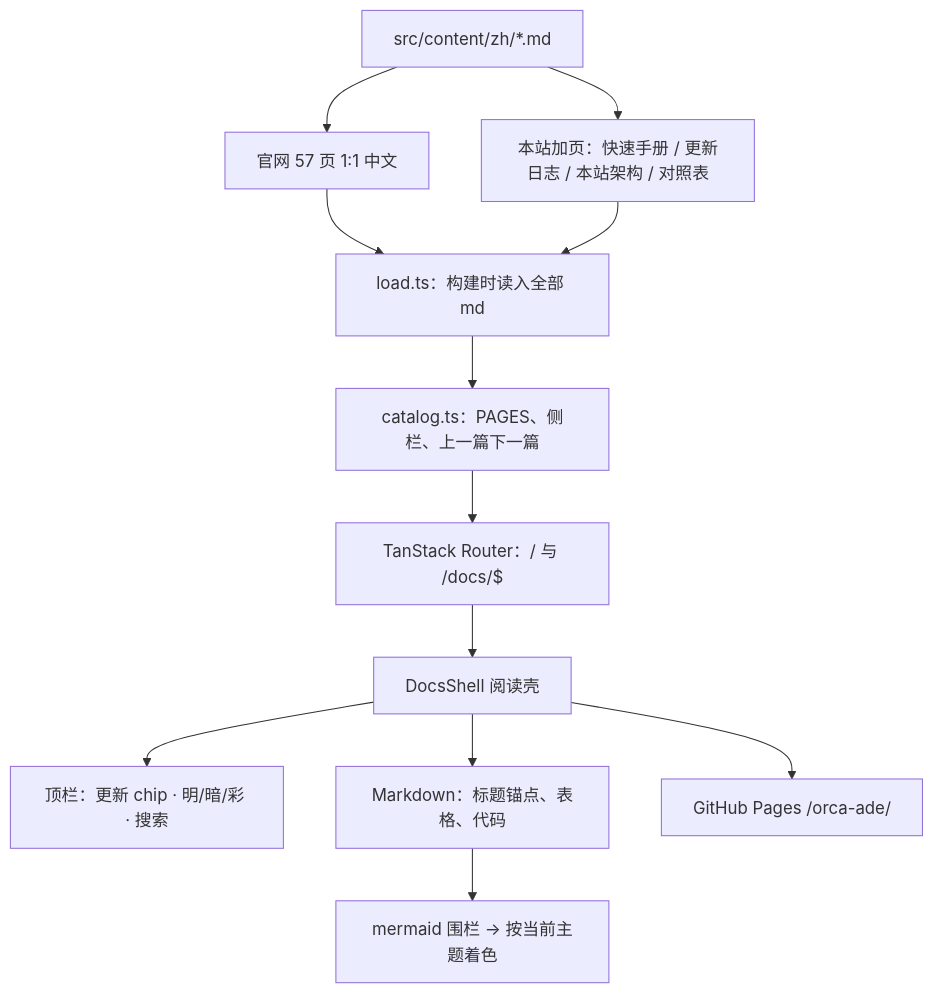
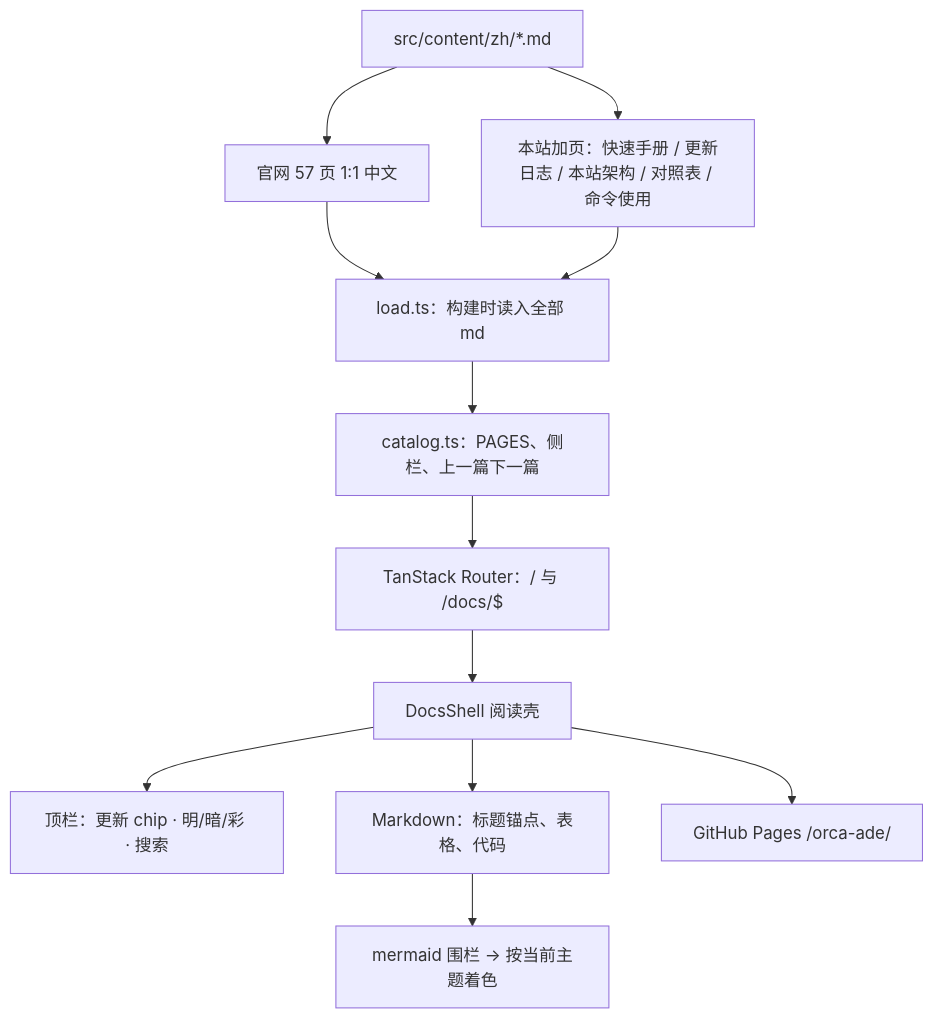
Before and after one commit to gradient30/orca-ade: the first of 2 diagrams in src/content/zh/architecture.md, drawn with Mermaid. The commit also changed other lines of this file and 19 other files, not shown here.

````diff
--- a/src/content/zh/architecture.md
+++ b/src/content/zh/architecture.md
@@ -11,15 +11,15 @@
 ```mermaid
 flowchart TB
   ZH["src/content/zh/*.md"]
   ZH --> OFF["官网 57 页 1:1 中文"]
-  ZH --> ADD["本站加页：快速手册 / 更新日志 / 本站架构 / 对照表"]
+  ZH --> ADD["本站加页：快速手册 / 更新日志 / 本站架构 / 对照表 / 命令使用"]
   OFF --> LOAD["load.ts：构建时读入全部 md"]
   ADD --> LOAD
   LOAD --> CAT["catalog.ts：PAGES、侧栏、上一篇下一篇"]
   CAT --> RT["TanStack Router：/ 与 /docs/$"]
   RT --> SHELL["DocsShell 阅读壳"]
   SHELL --> HDR["顶栏：更新 chip · 明/暗/彩 · 搜索"]
   SHELL --> MD["Markdown：标题锚点、表格、代码"]
   MD --> MMR["mermaid 围栏 → 按当前主题着色"]
   SHELL --> PAGE["GitHub Pages /orca-ade/"]
 ```
````
